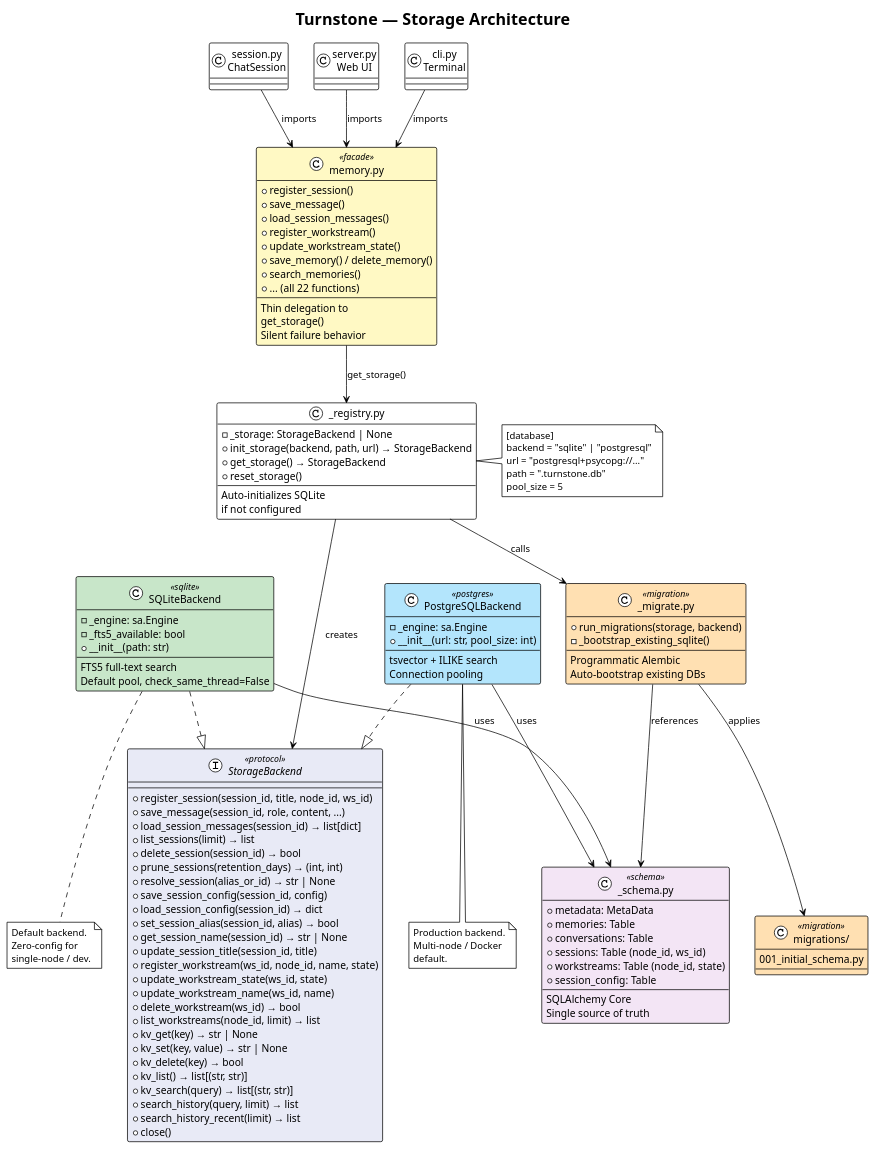
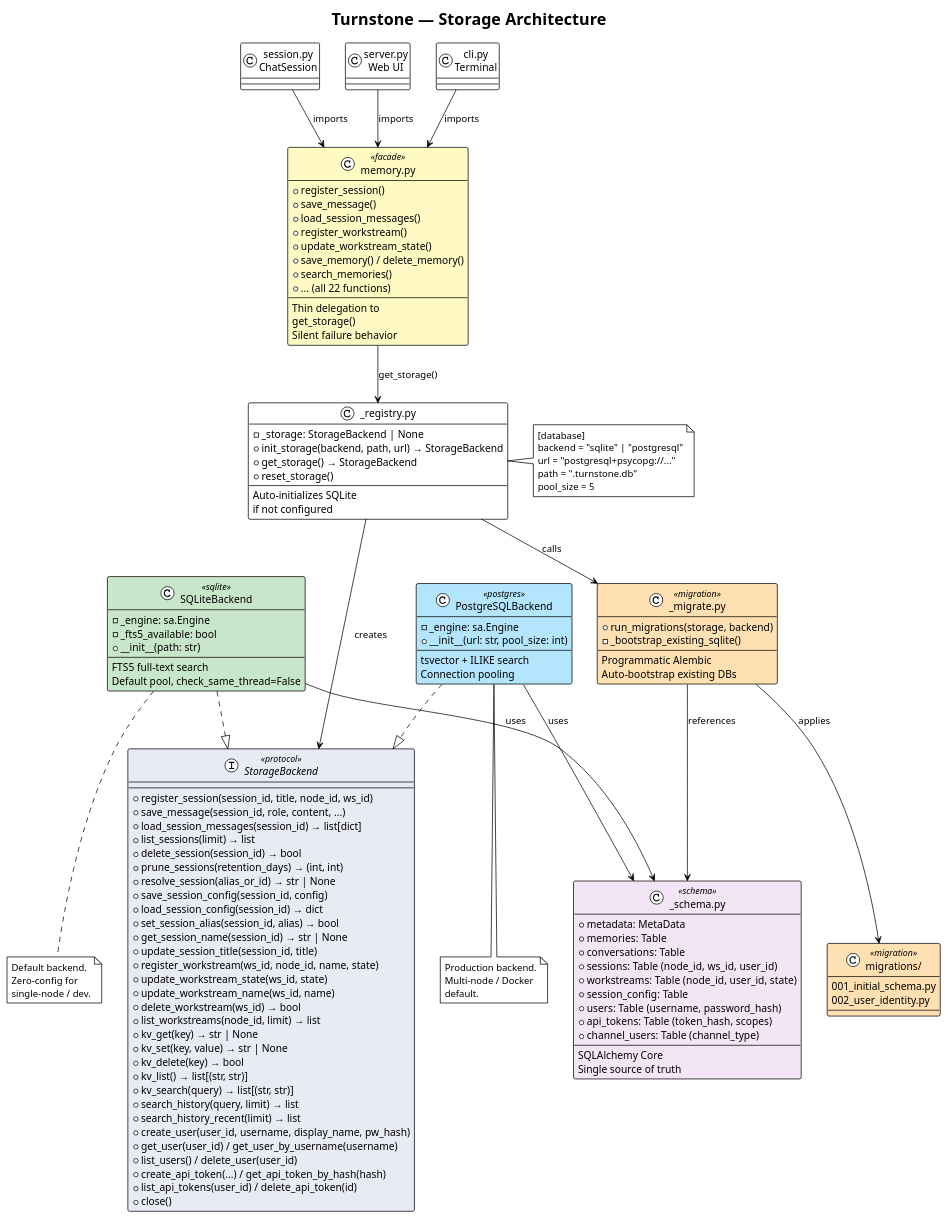
Before and after one commit to turnstonelabs/turnstone: the diagram in docs/diagrams/14-storage-architecture.puml, drawn with PlantUML. The commit also changed 41 other files, not shown here.

First line of the commit message:
Add user identity, JWT auth, and admin console UI (#23)

```diff
--- a/docs/diagrams/14-storage-architecture.puml
+++ b/docs/diagrams/14-storage-architecture.puml
@@ -1,164 +1,173 @@
 @startuml
 !theme plain
 title Turnstone — Storage Architecture
 
 skinparam class {
     BackgroundColor<<protocol>> #E8EAF6
     BackgroundColor<<sqlite>> #C8E6C9
     BackgroundColor<<postgres>> #B3E5FC
     BackgroundColor<<facade>> #FFF9C4
     BackgroundColor<<migration>> #FFE0B2
     BackgroundColor<<schema>> #F3E5F5
 }
 
 ' -- Protocol --
 interface "StorageBackend" as SB <<protocol>> {
     +register_session(session_id, title, node_id, ws_id)
     +save_message(session_id, role, content, ...)
     +load_session_messages(session_id) → list[dict]
     +list_sessions(limit) → list
     +delete_session(session_id) → bool
     +prune_sessions(retention_days) → (int, int)
     +resolve_session(alias_or_id) → str | None
     +save_session_config(session_id, config)
     +load_session_config(session_id) → dict
     +set_session_alias(session_id, alias) → bool
     +get_session_name(session_id) → str | None
     +update_session_title(session_id, title)
     +register_workstream(ws_id, node_id, name, state)
     +update_workstream_state(ws_id, state)
     +update_workstream_name(ws_id, name)
     +delete_workstream(ws_id) → bool
     +list_workstreams(node_id, limit) → list
     +kv_get(key) → str | None
     +kv_set(key, value) → str | None
     +kv_delete(key) → bool
     +kv_list() → list[(str, str)]
     +kv_search(query) → list[(str, str)]
     +search_history(query, limit) → list
     +search_history_recent(limit) → list
+    +create_user(user_id, username, display_name, pw_hash)
+    +get_user(user_id) / get_user_by_username(username)
+    +list_users() / delete_user(user_id)
+    +create_api_token(...) / get_api_token_by_hash(hash)
+    +list_api_tokens(user_id) / delete_api_token(id)
     +close()
 }
 
 ' -- Backends --
 class "SQLiteBackend" as SQLite <<sqlite>> {
     -_engine: sa.Engine
     -_fts5_available: bool
     +__init__(path: str)
     --
     FTS5 full-text search
     Default pool, check_same_thread=False
 }
 
 class "PostgreSQLBackend" as PG <<postgres>> {
     -_engine: sa.Engine
     +__init__(url: str, pool_size: int)
     --
     tsvector + ILIKE search
     Connection pooling
 }
 
 ' -- Schema --
 class "_schema.py" as Schema <<schema>> {
     +metadata: MetaData
     +memories: Table
     +conversations: Table
-    +sessions: Table (node_id, ws_id)
-    +workstreams: Table (node_id, state)
+    +sessions: Table (node_id, ws_id, user_id)
+    +workstreams: Table (node_id, user_id, state)
     +session_config: Table
+    +users: Table (username, password_hash)
+    +api_tokens: Table (token_hash, scopes)
+    +channel_users: Table (channel_type)
     --
     SQLAlchemy Core
     Single source of truth
 }
 
 ' -- Migration --
 class "_migrate.py" as Migrate <<migration>> {
     +run_migrations(storage, backend)
     -_bootstrap_existing_sqlite()
     --
     Programmatic Alembic
     Auto-bootstrap existing DBs
 }
 
 class "migrations/" as Versions <<migration>> {
     001_initial_schema.py
+    002_user_identity.py
 }
 
 ' -- Registry --
 class "_registry.py" as Registry {
     -_storage: StorageBackend | None
     +init_storage(backend, path, url) → StorageBackend
     +get_storage() → StorageBackend
     +reset_storage()
     --
     Auto-initializes SQLite
     if not configured
 }
 
 ' -- Facade --
 class "memory.py" as Facade <<facade>> {
     +register_session()
     +save_message()
     +load_session_messages()
     +register_workstream()
     +update_workstream_state()
     +save_memory() / delete_memory()
     +search_memories()
     +... (all 22 functions)
     --
     Thin delegation to
     get_storage()
     Silent failure behavior
 }
 
 ' -- Consumers --
 class "session.py\nChatSession" as Session {
 }
 
 class "server.py\nWeb UI" as Server {
 }
 
 class "cli.py\nTerminal" as CLI {
 }
 
 ' -- Relationships --
 SQLite ..|> SB
 PG ..|> SB
 
 SQLite --> Schema : uses
 PG --> Schema : uses
 
 Registry --> SB : creates
 Registry --> Migrate : calls
 
 Migrate --> Versions : applies
 Migrate --> Schema : references
 
 Facade --> Registry : get_storage()
 
 Session --> Facade : imports
 Server --> Facade : imports
 CLI --> Facade : imports
 
 ' -- Config --
 note right of Registry
   [database]
   backend = "sqlite" | "postgresql"
   url = "postgresql+psycopg://..."
   path = ".turnstone.db"
   pool_size = 5
 end note
 
 note bottom of SQLite
   Default backend.
   Zero-config for
   single-node / dev.
 end note
 
 note bottom of PG
   Production backend.
   Multi-node / Docker
   default.
 end note
 
 @enduml
```
